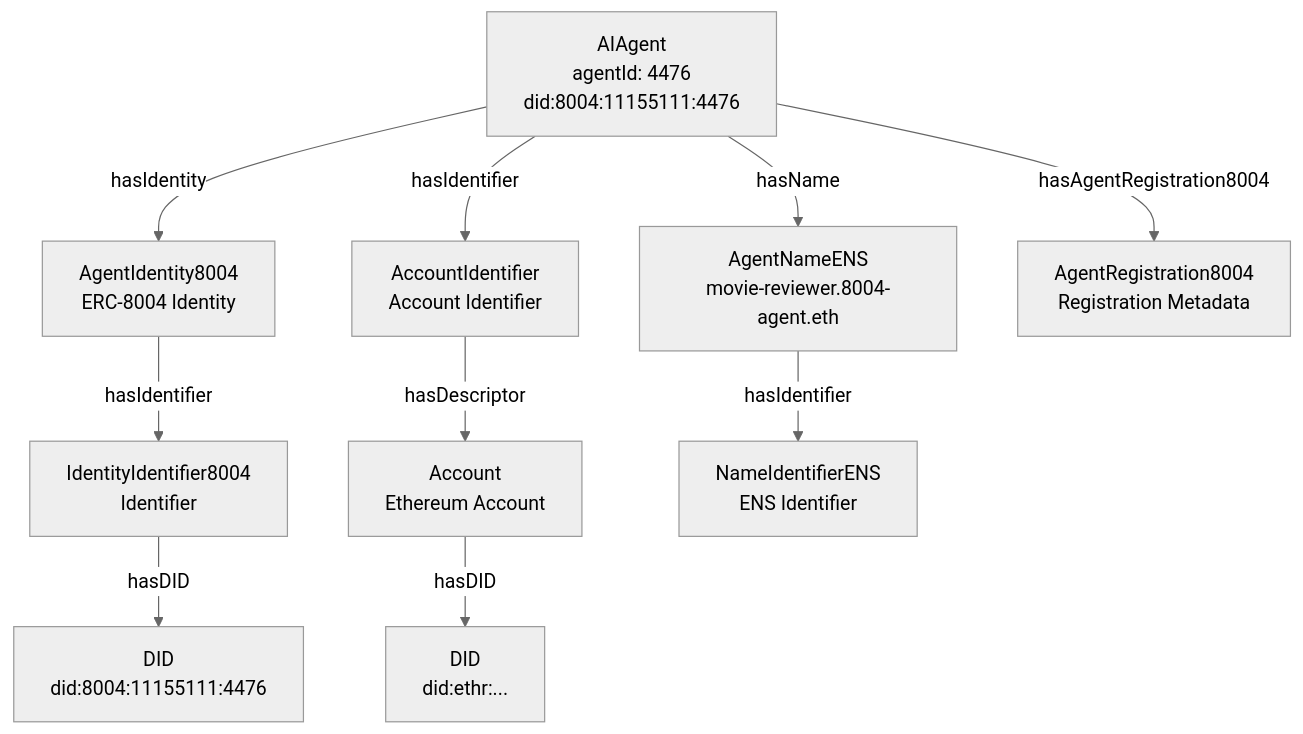
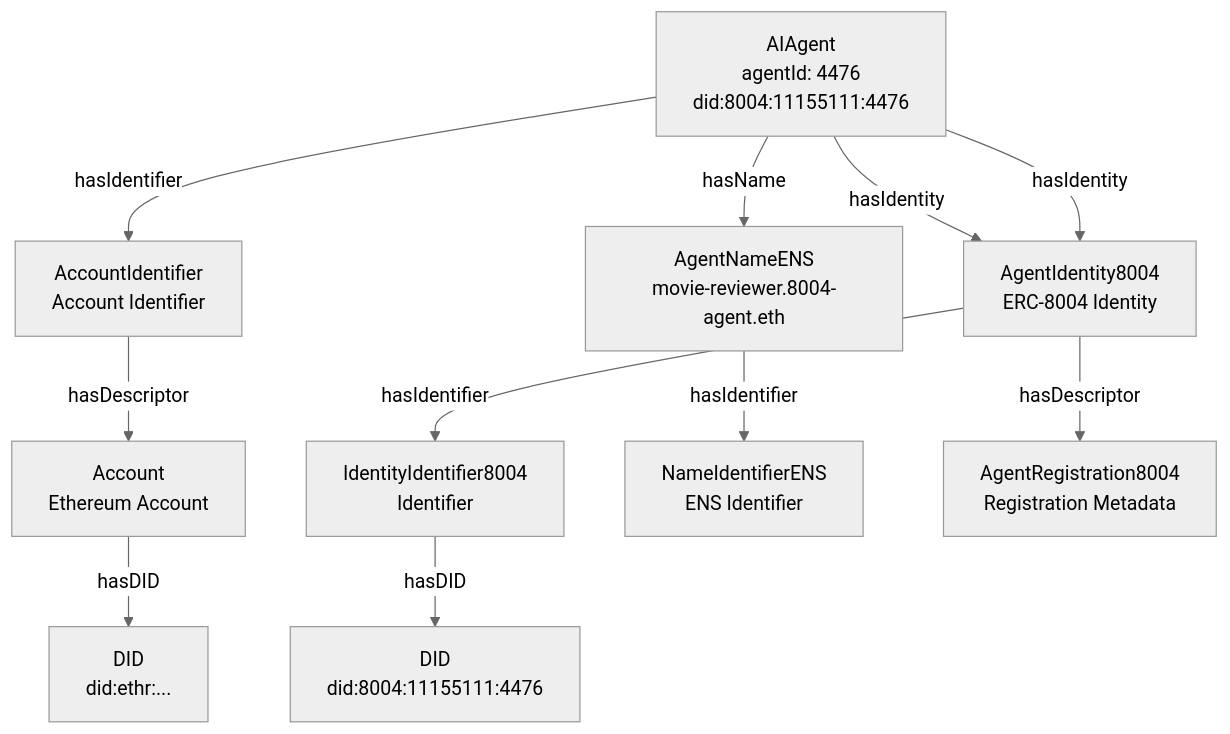
Before and after one commit to Agentic-Trust-Layer/agent-explorer: the first of 3 diagrams in docs/ontology/agent-4476.md, drawn with Mermaid (neutral theme). The commit also changed other lines of this file and 4 other files, not shown here.

````diff
--- a/docs/ontology/agent-4476.md
+++ b/docs/ontology/agent-4476.md
@@ -511,30 +513,31 @@
 ```mermaid
 graph TB
     Agent["AIAgent<br/>agentId: 4476<br/>did:8004:11155111:4476"]
     
     Identity["AgentIdentity8004<br/>ERC-8004 Identity"]
     IdentityIdentifier["IdentityIdentifier8004<br/>Identifier"]
     DID["DID<br/>did:8004:11155111:4476"]
     
     AccountIdentifier["AccountIdentifier<br/>Account Identifier"]
     Account["Account<br/>Ethereum Account"]
     AccountDID["DID<br/>did:ethr:..."]
     
     ENSName["AgentNameENS<br/>movie-reviewer.8004-agent.eth"]
     ENSIdentifier["NameIdentifierENS<br/>ENS Identifier"]
     
     AgentDescriptor["AgentRegistration8004<br/>Registration Metadata"]
     
     Agent -->|hasIdentity| Identity
     Identity -->|hasIdentifier| IdentityIdentifier
     IdentityIdentifier -->|hasDID| DID
     
     Agent -->|hasIdentifier| AccountIdentifier
     AccountIdentifier -->|hasDescriptor| Account
     Account -->|hasDID| AccountDID
     
     Agent -->|hasName| ENSName
     ENSName -->|hasIdentifier| ENSIdentifier
     
-    Agent -->|hasAgentRegistration8004| AgentDescriptor
+    Agent -->|hasIdentity| Identity
+    Identity -->|hasDescriptor| AgentDescriptor
 ```
````
